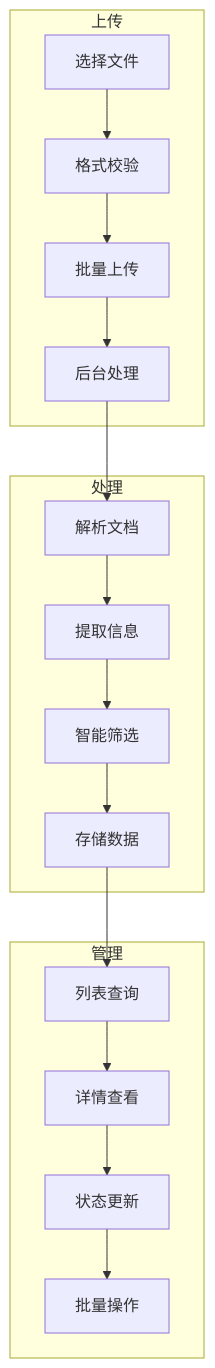
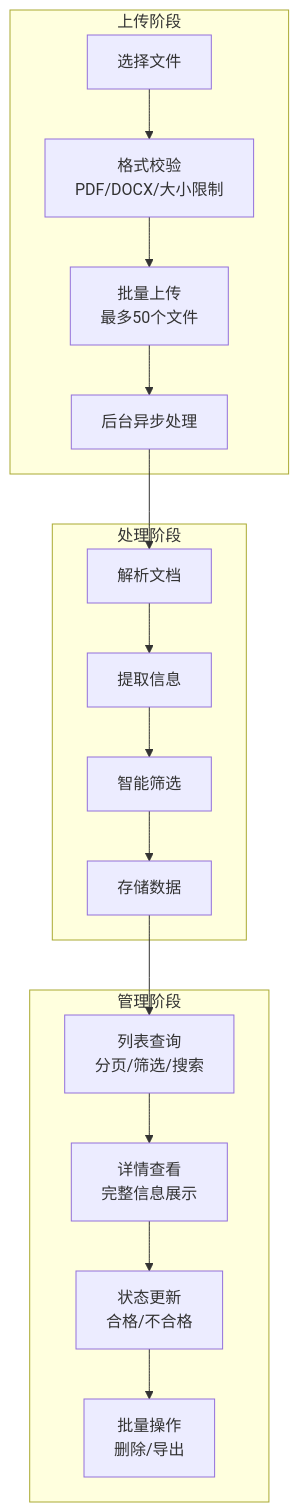
The eighth of 14 diagrams in README.md (xt765/ResumeScreening), drawn with Mermaid before and after one commit. The commit also changed other lines of this file and 2 other files, not shown here.

First line of the commit message:
docs: README添加详细文字讲解，实现图文并茂

````diff
--- a/README.md
+++ b/README.md
@@ -280,22 +457,22 @@
 ```mermaid
 graph TB
-    subgraph 上传
-        A[选择文件] --> B[格式校验]
-        B --> C[批量上传]
-        C --> D[后台处理]
+    subgraph 上传阶段
+        A[选择文件] --> B[格式校验<br/>PDF/DOCX/大小限制]
+        B --> C[批量上传<br/>最多50个文件]
+        C --> D[后台异步处理]
     end
     
-    subgraph 处理
+    subgraph 处理阶段
         D --> E[解析文档]
         E --> F[提取信息]
         F --> G[智能筛选]
         G --> H[存储数据]
     end
     
-    subgraph 管理
-        H --> I[列表查询]
-        I --> J[详情查看]
-        J --> K[状态更新]
-        K --> L[批量操作]
+    subgraph 管理阶段
+        H --> I[列表查询<br/>分页/筛选/搜索]
+        I --> J[详情查看<br/>完整信息展示]
+        J --> K[状态更新<br/>合格/不合格]
+        K --> L[批量操作<br/>删除/导出]
     end
 ```
````
